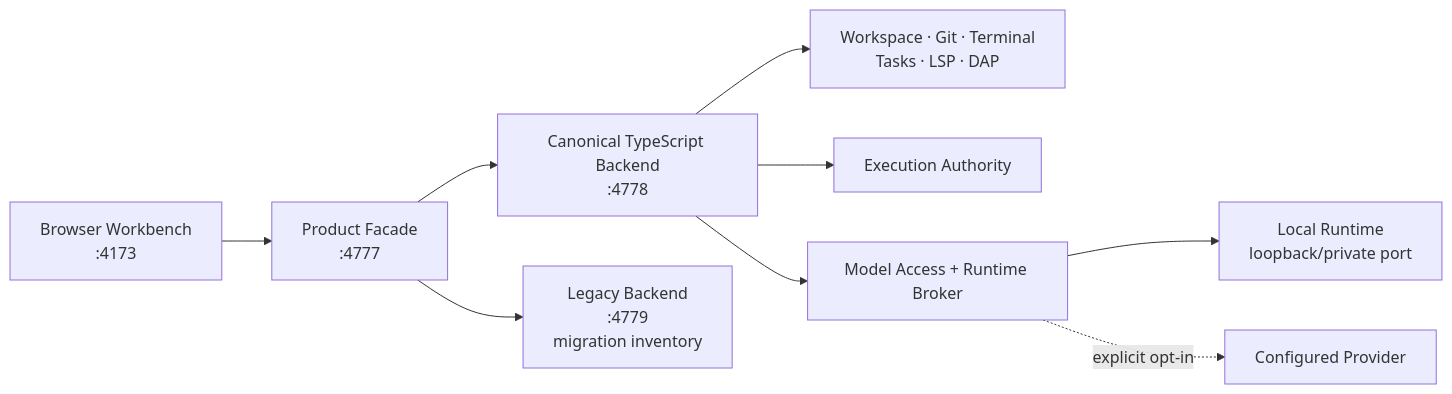
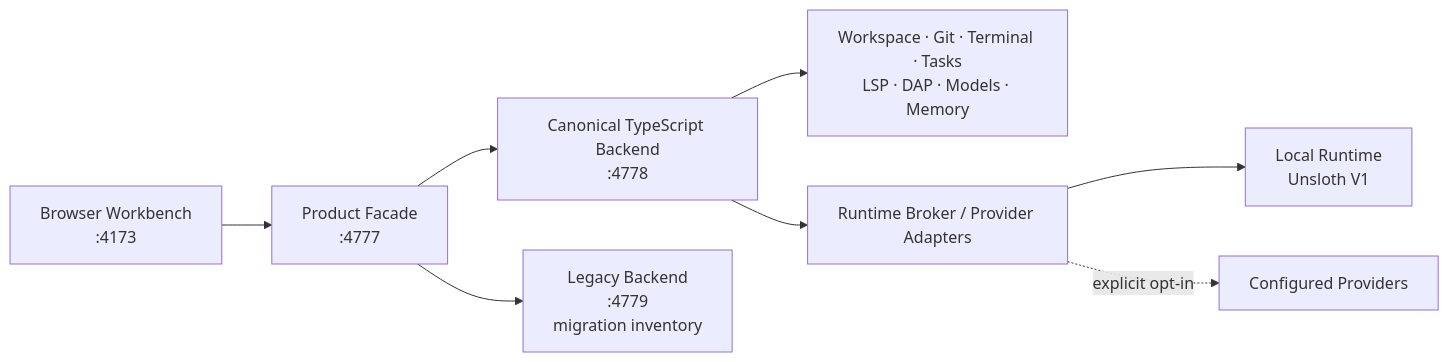
Before and after one commit to AnonymousNomad/covert-coder: the diagram in README.md, drawn with Mermaid. The commit also changed other lines of this file, not shown here.

````diff
--- a/README.md
+++ b/README.md
@@ -84,11 +69,10 @@
-~~~mermaid
+```mermaid
 flowchart LR
   UI["Browser Workbench<br/>:4173"] --> EDGE["Product Facade<br/>:4777"]
   EDGE --> TS["Canonical TypeScript Backend<br/>:4778"]
   EDGE --> LEGACY["Legacy Backend<br/>:4779<br/>migration inventory"]
-  TS --> CAP["Workspace · Git · Terminal<br/>Tasks · LSP · DAP"]
-  TS --> AUTH["Execution Authority"]
-  TS --> MODEL["Model Access + Runtime Broker"]
-  MODEL --> LOCAL["Local Runtime<br/>loopback/private port"]
-  MODEL -. "explicit opt-in" .-> CLOUD["Configured Provider"]
-~~~
+  TS --> CAP["Workspace · Git · Terminal · Tasks<br/>LSP · DAP · Models · Memory"]
+  TS --> BROKER["Runtime Broker / Provider Adapters"]
+  BROKER --> LOCAL["Local Runtime<br/>Unsloth V1"]
+  BROKER -. "explicit opt-in" .-> REMOTE["Configured Providers"]
+```
````
